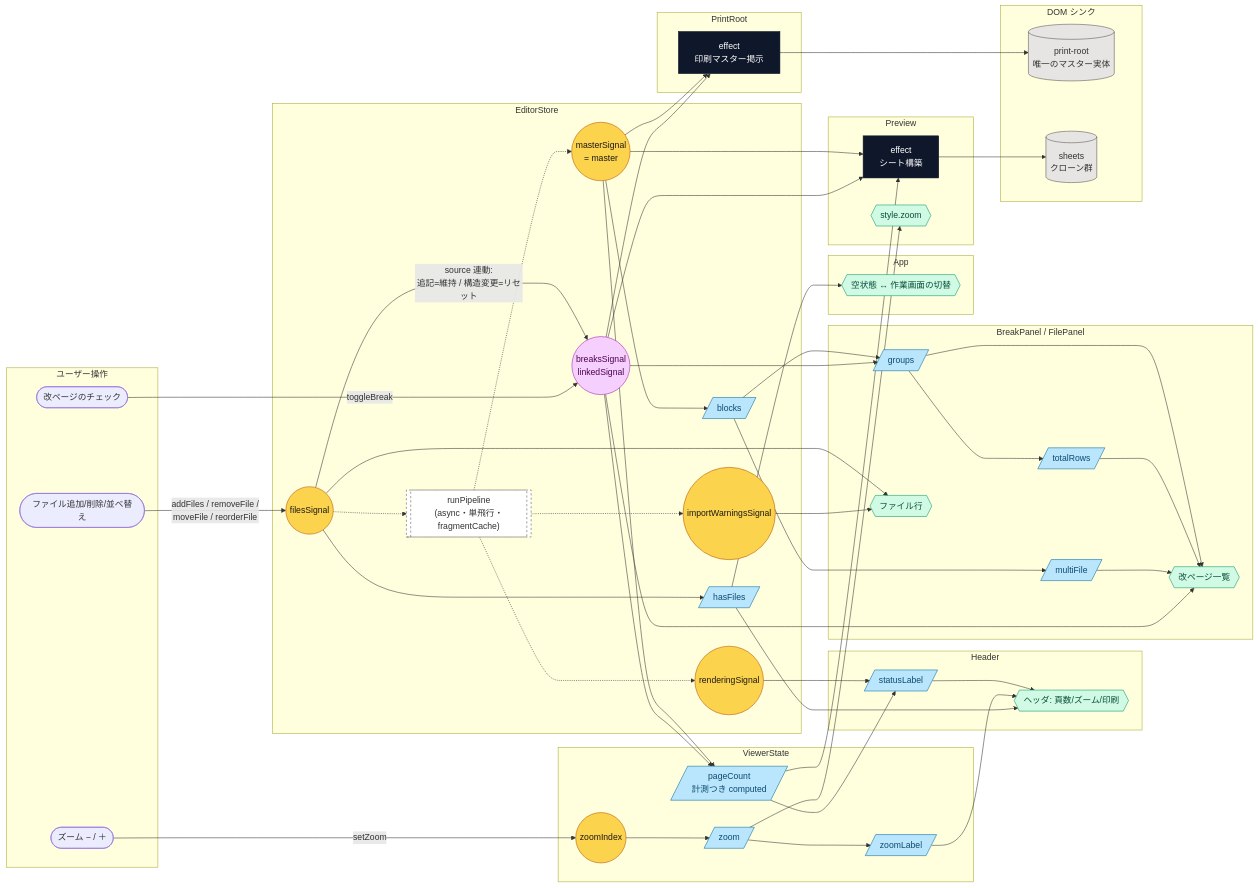
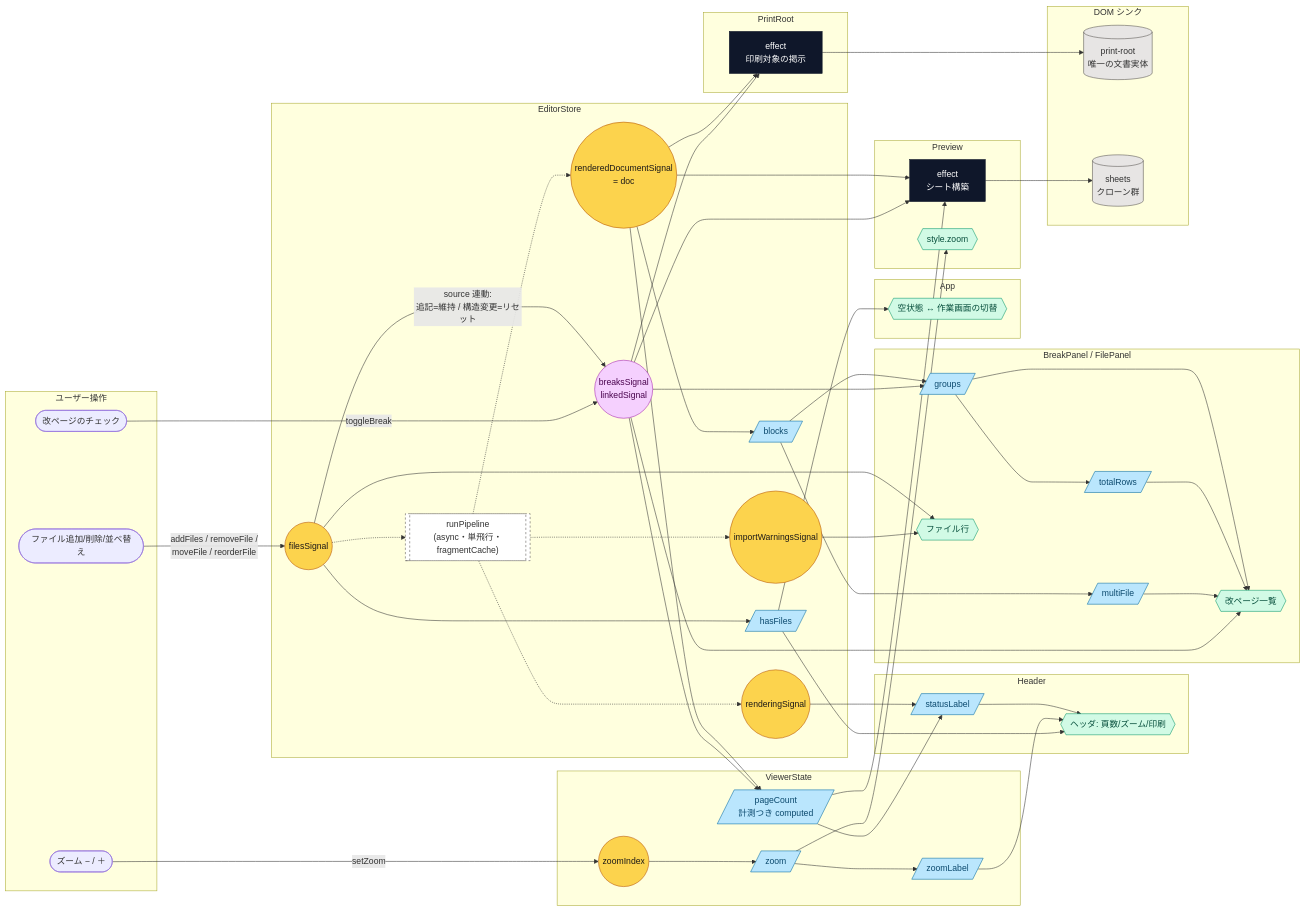
Before and after one commit to lacolaco/printmd: the diagram in docs/signal-graph.md, drawn with Mermaid. The commit also changed other lines of this file and 10 other files, not shown here.

First line of the commit message:
refactor: master を RenderedDocument / renderedDocument に改名する

```diff
--- a/docs/signal-graph.md
+++ b/docs/signal-graph.md
@@ -20,7 +20,7 @@
     S1((filesSignal))
     S2((breaksSignal<br/>linkedSignal))
     S3((renderingSignal))
-    S4((masterSignal<br/>= master))
+    S4((renderedDocumentSignal<br/>= doc))
     S5((importWarningsSignal))
     C1[/hasFiles/]
     C2[/blocks/]
@@ -44,7 +44,7 @@
   end
 
   subgraph PrintC["PrintRoot"]
-    AE1[effect<br/>印刷マスター掲示]
+    AE1[effect<br/>印刷対象の掲示]
   end
 
   subgraph PreviewC["Preview"]
@@ -61,7 +61,7 @@
   end
 
   subgraph DOM["DOM シンク"]
-    D1[(print-root<br/>唯一のマスター実体)]
+    D1[(print-root<br/>唯一の文書実体)]
     D2[(sheets<br/>クローン群)]
   end
 
```
